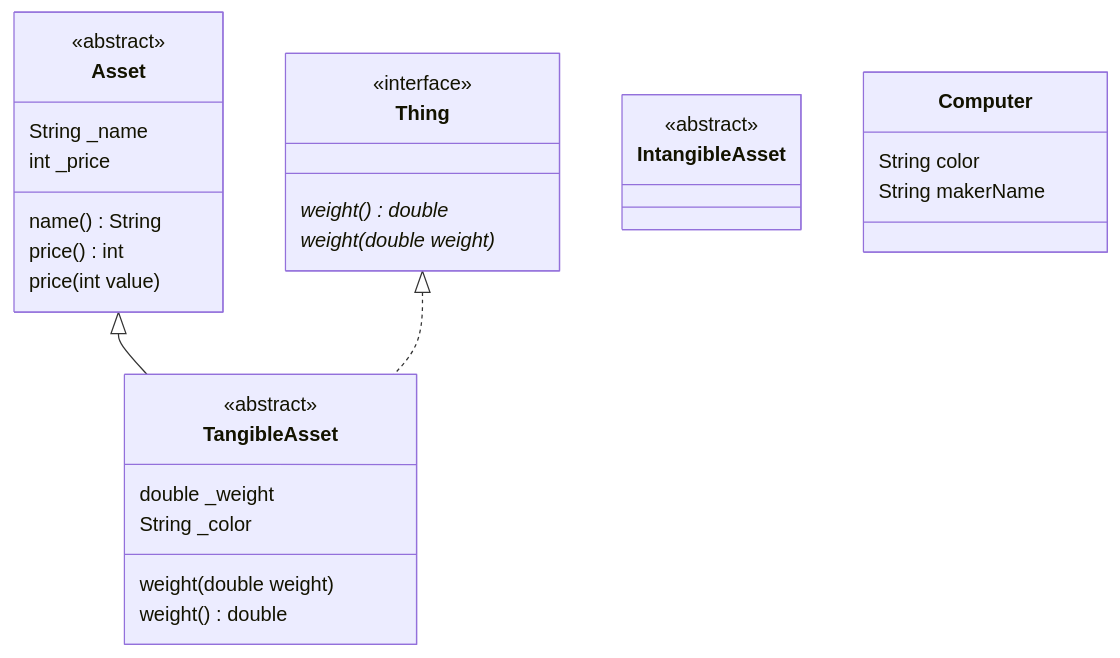
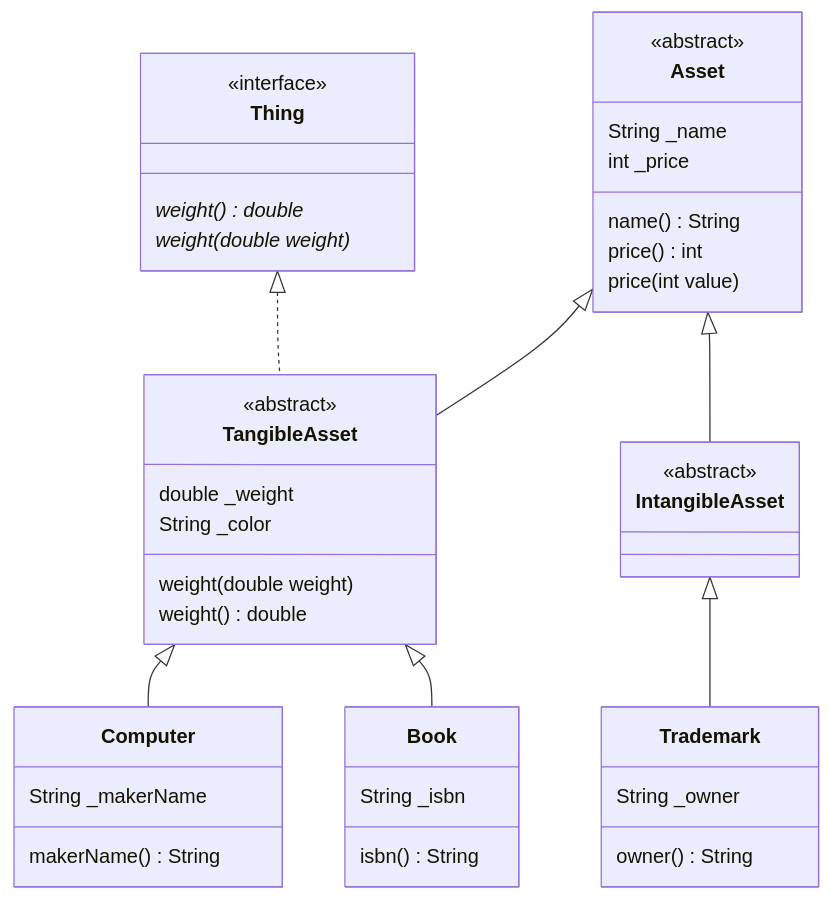
Before and after one commit to choiexe1/local: the diagram in Daily/2025-03-19.md, drawn with Mermaid. The commit also changed 1 other file, not shown here.

Commit message:
vault backup: 2025-03-19 13:03:14

````diff
--- a/Daily/2025-03-19.md
+++ b/Daily/2025-03-19.md
@@ -39,40 +39,57 @@
 ```mermaid
 classDiagram
 
 class Asset {
 	 <<abstract>>
 	String _name
 	int _price
 
 	name() String
 	price() int
 	price(int value)
 }
 
 class Thing {
 	<<interface>>
 	weight()* double
 	weight(double weight)*
 }
 
 class TangibleAsset {
 	 <<abstract>>
 	double _weight
 	String _color
 	weight(double weight)
 	weight() double
 }
 
 class IntangibleAsset {
 	<<abstract>>
 }
 
+class Trademark {
+	String _owner
+	owner() String
+}
+
 class Computer {
-	String color
-	String makerName
+	String _makerName
+	makerName() String
+}
+
+class Book {
+	String _isbn
+	isbn() String
 }
 
 Asset <|-- TangibleAsset
+Asset <|-- IntangibleAsset
 Thing <|.. TangibleAsset
 
+IntangibleAsset <|-- Trademark
+
+
+TangibleAsset <|-- Computer
+TangibleAsset <|-- Book
+
 ```
````
